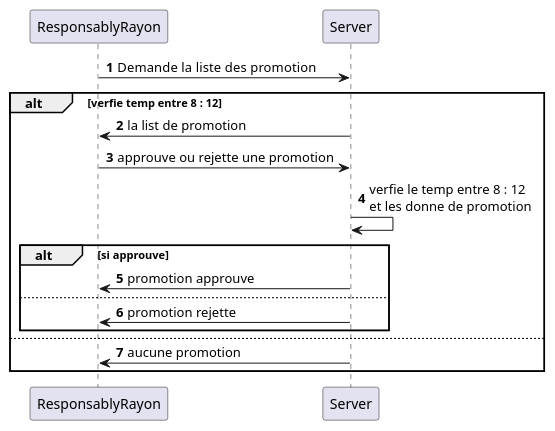
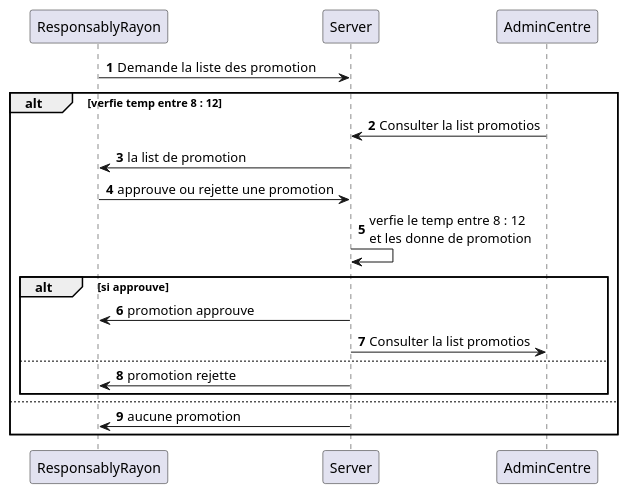
One commit to elhajuojy/api-promotion-marjane changed the diagram in connecption/sequance-diagram/responsable-rayon-refuse-ou-approuve-promotion.puml. Above: the diagram before and after it, drawn with PlantUML. The commit also changed 3 other files, not shown here.

```diff
--- a/connecption/sequance-diagram/responsable-rayon-refuse-ou-approuve-promotion.puml
+++ b/connecption/sequance-diagram/responsable-rayon-refuse-ou-approuve-promotion.puml
@@ -1,21 +1,23 @@
 @startuml
 'https://plantuml.com/sequence-diagram
 
 autonumber
 
 ResponsablyRayon -> Server : Demande  la liste des promotion
 alt verfie temp entre 8 : 12
+    AdminCentre -> Server : Consulter la list promotios
     Server -> ResponsablyRayon : la list de promotion
     ResponsablyRayon -> Server : approuve ou rejette une promotion
     Server -> Server : verfie le temp entre 8 : 12  \net les donne de promotion
    alt si approuve
         Server -> ResponsablyRayon : promotion approuve
+        Server -> AdminCentre : Consulter la list promotios
     else
         Server -> ResponsablyRayon : promotion rejette
     end
 
 else
     Server -> ResponsablyRayon : aucune promotion
 end
 
 @enduml
```
